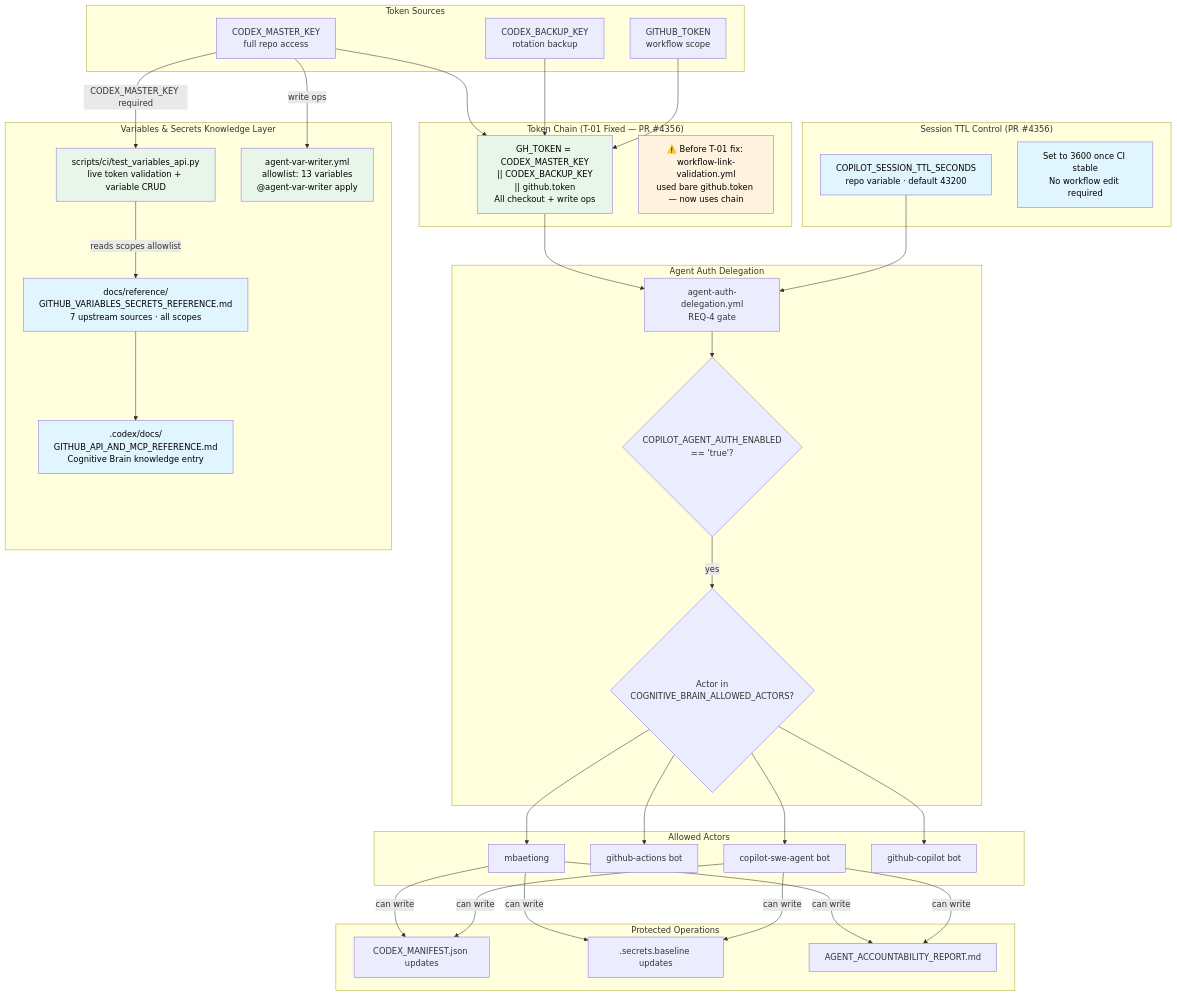
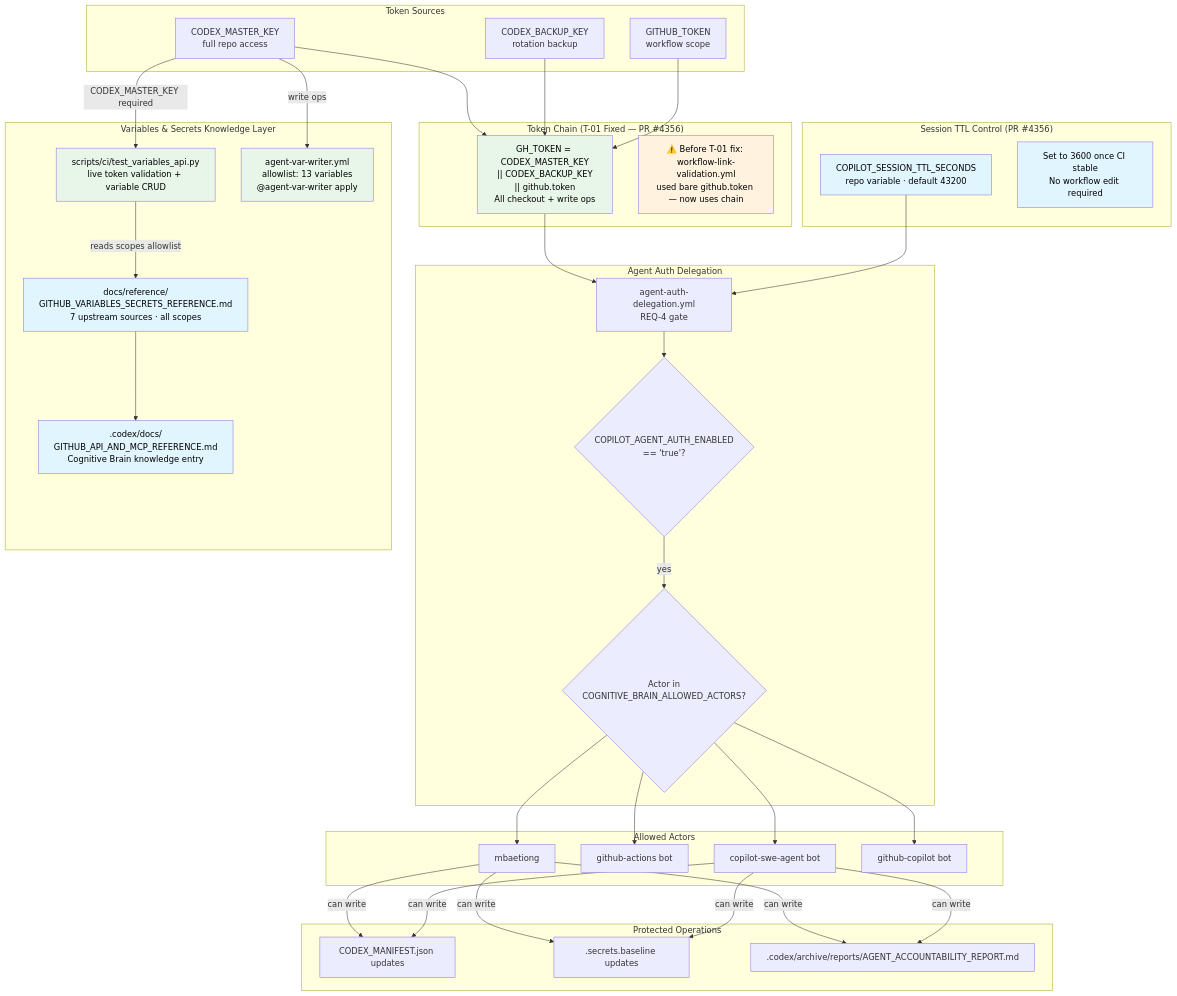
One commit to Aries-Serpent/_codex_ changed diagram 11 of 18 in docs/CODEBASE_MERMAID_MAPS.md. Above: the diagram before and after it, drawn with Mermaid. The commit also changed 1343 other files, not shown here.

````diff
--- a/docs/CODEBASE_MERMAID_MAPS.md
+++ b/docs/CODEBASE_MERMAID_MAPS.md
@@ -422,67 +422,67 @@
 ```mermaid
 %%{init: {'accessibility': {'title': 'Flowchart showing CODEX_MASTER_KEY\nfull repo access, CODEX_BACKUP_KEY\nrotation backup'}}%%
 flowchart TD
     subgraph "Token Sources"
         MK[CODEX_MASTER_KEY\nfull repo access]
         BK[CODEX_BACKUP_KEY\nrotation backup]
         GT[GITHUB_TOKEN\nworkflow scope]
     end
 
     subgraph "Token Chain (T-01 Fixed — PR #4356)"
         CHAIN["GH_TOKEN = CODEX_MASTER_KEY\n|| CODEX_BACKUP_KEY\n|| github.token\nAll checkout + write ops"]
         T01_NOTE["⚠️ Before T-01 fix: workflow-link-validation.yml\nused bare github.token — now uses chain"]
     end
 
     subgraph "Session TTL Control (PR #4356)"
         TTL_VAR[COPILOT_SESSION_TTL_SECONDS\nrepo variable · default 43200]
         TTL_NOTE["Set to 3600 once CI stable\nNo workflow edit required"]
     end
 
     subgraph "Agent Auth Delegation"
         AAD[agent-auth-delegation.yml\nREQ-4 gate]
         AUTH_CHECK{COPILOT_AGENT_AUTH_ENABLED\n== 'true'?}
         ALLOWED{Actor in\nCOGNITIVE_BRAIN_ALLOWED_ACTORS?}
     end
 
     subgraph "Allowed Actors"
         MB[mbaetiong]
         GA[github-actions bot]
         CS[copilot-swe-agent bot]
         GH[github-copilot bot]
     end
 
     subgraph "Protected Operations"
         MANIFEST[CODEX_MANIFEST.json updates]
         BASELINE[.secrets.baseline updates]
-        REPORT[AGENT_ACCOUNTABILITY_REPORT.md]
+        REPORT[.codex/archive/reports/AGENT_ACCOUNTABILITY_REPORT.md]
     end
 
     subgraph "Variables & Secrets Knowledge Layer"
         VARS_REF[docs/reference/\nGITHUB_VARIABLES_SECRETS_REFERENCE.md\n7 upstream sources · all scopes]
         CB_REF[.codex/docs/\nGITHUB_API_AND_MCP_REFERENCE.md\nCognitive Brain knowledge entry]
         VAR_TEST[scripts/ci/test_variables_api.py\nlive token validation + variable CRUD]
         VAR_WRITER[agent-var-writer.yml\nallowlist: 13 variables\n@agent-var-writer apply]
     end
 
     MK & BK --> CHAIN
     GT --> CHAIN
     CHAIN --> AAD
     TTL_VAR --> AAD
     AAD --> AUTH_CHECK
     AUTH_CHECK -->|yes| ALLOWED
     ALLOWED --> MB & GA & CS & GH
     MB & CS -->|can write| MANIFEST & BASELINE & REPORT
     MK -->|CODEX_MASTER_KEY required| VAR_TEST
     VAR_TEST -->|reads scopes allowlist| VARS_REF
     VARS_REF --> CB_REF
     MK -->|write ops| VAR_WRITER
 
     style CHAIN fill:#e8f5e9,color:#000
     style T01_NOTE fill:#fff3e0,color:#000
     style TTL_VAR fill:#e1f5fe,color:#000
     style TTL_NOTE fill:#e1f5fe,color:#000
     style VARS_REF fill:#e1f5fe,color:#000
     style CB_REF fill:#e1f5fe,color:#000
     style VAR_TEST fill:#e8f5e9,color:#000
     style VAR_WRITER fill:#e8f5e9,color:#000
 ```
````
